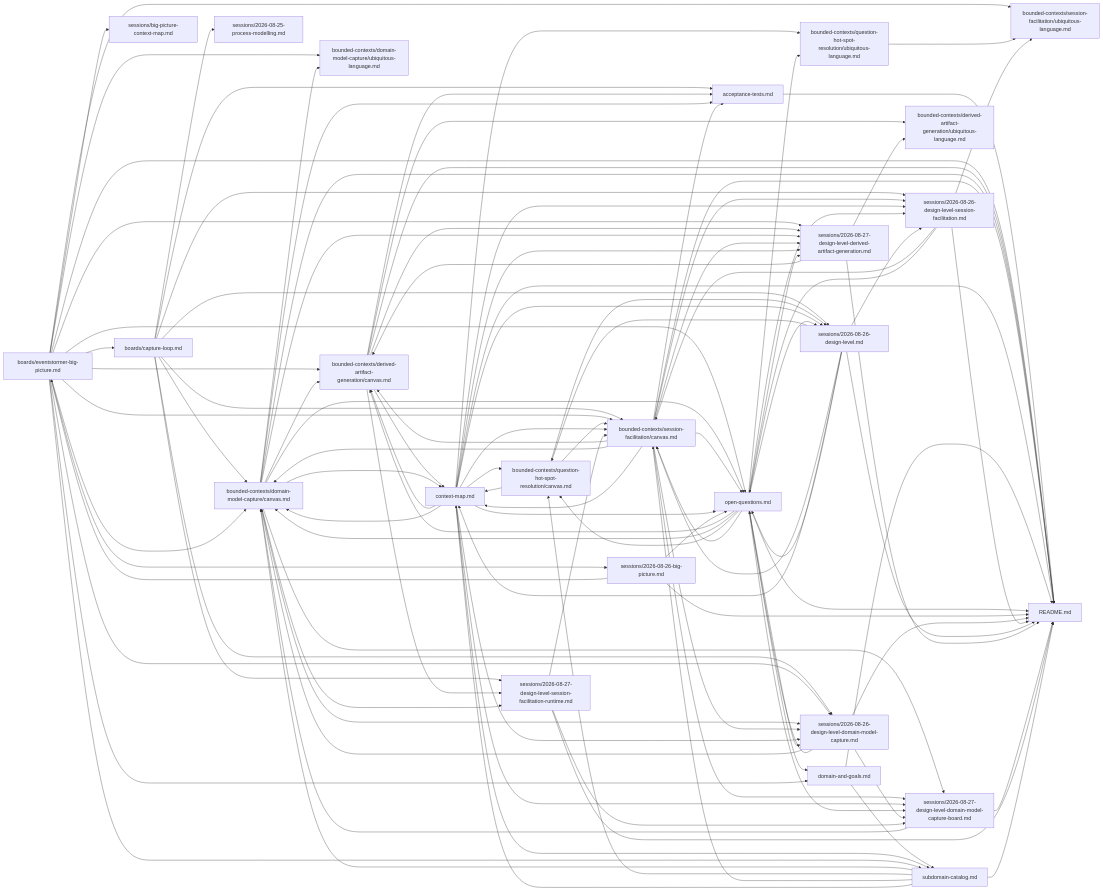
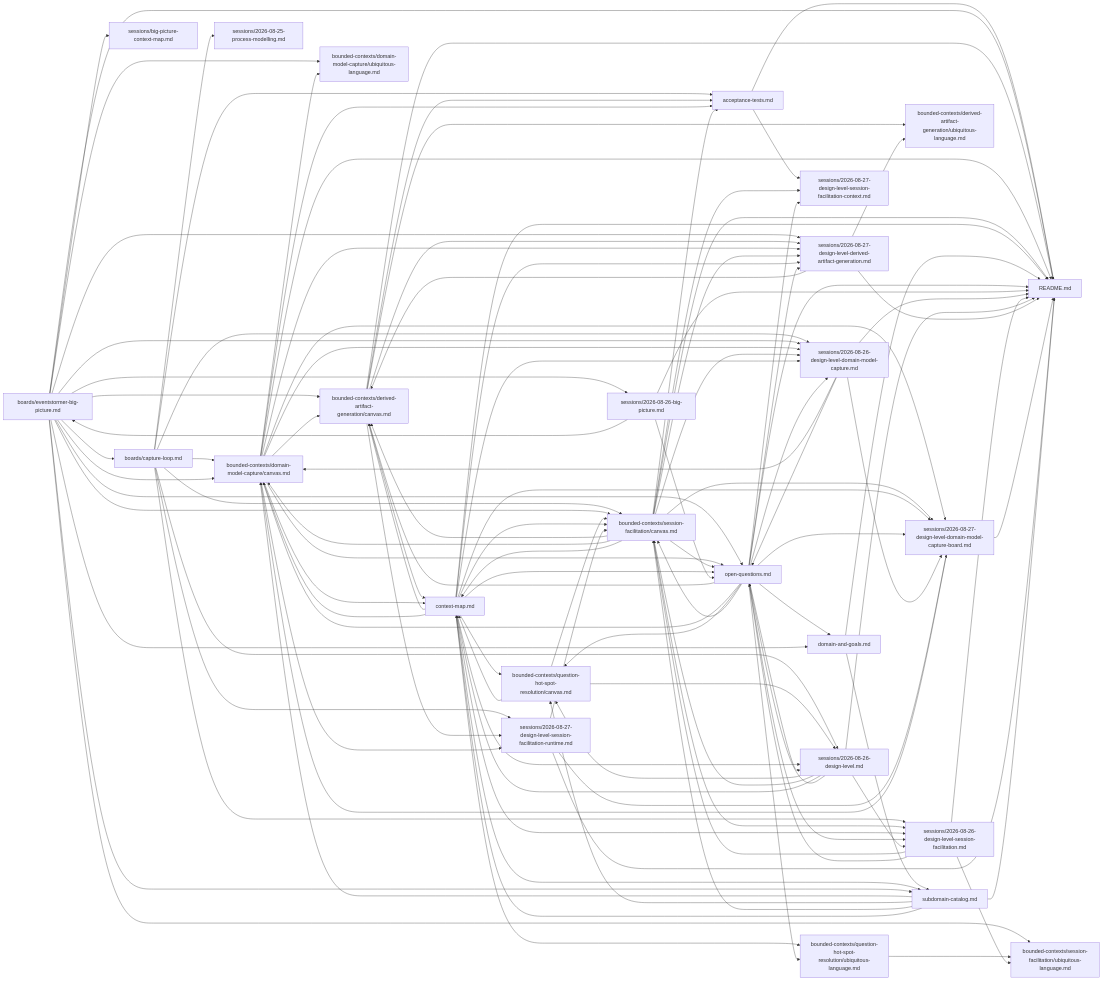
Before and after one commit to vinialbano/eventstormer: the diagram in docs/domain/README.md, drawn with Mermaid. The commit also changed other lines of this file and 5 other files, not shown here.

First line of the commit message:
docs: design-level pass 3 on Session Facilitation — the facilitator's context

```diff
--- a/docs/domain/README.md
+++ b/docs/domain/README.md
@@ -425,6 +447,9 @@
   open_questions_md["open-questions.md"] --> sessions_2026_08_27_design_level_domain_model_capture_board_md["sessions/2026-08-27-design-level-domain-model-capture-board.md"]
   sessions_2026_08_26_design_level_domain_model_capture_md["sessions/2026-08-26-design-level-domain-model-capture.md"] --> sessions_2026_08_27_design_level_domain_model_capture_board_md["sessions/2026-08-27-design-level-domain-model-capture-board.md"]
   sessions_2026_08_27_design_level_session_facilitation_runtime_md["sessions/2026-08-27-design-level-session-facilitation-runtime.md"] --> sessions_2026_08_27_design_level_domain_model_capture_board_md["sessions/2026-08-27-design-level-domain-model-capture-board.md"]
+  acceptance_tests_md["acceptance-tests.md"] --> sessions_2026_08_27_design_level_session_facilitation_context_md["sessions/2026-08-27-design-level-session-facilitation-context.md"]
+  bounded_contexts_session_facilitation_canvas_md["bounded-contexts/session-facilitation/canvas.md"] --> sessions_2026_08_27_design_level_session_facilitation_context_md["sessions/2026-08-27-design-level-session-facilitation-context.md"]
+  open_questions_md["open-questions.md"] --> sessions_2026_08_27_design_level_session_facilitation_context_md["sessions/2026-08-27-design-level-session-facilitation-context.md"]
   boards_capture_loop_md["boards/capture-loop.md"] --> sessions_2026_08_27_design_level_session_facilitation_runtime_md["sessions/2026-08-27-design-level-session-facilitation-runtime.md"]
   bounded_contexts_derived_artifact_generation_canvas_md["bounded-contexts/derived-artifact-generation/canvas.md"] --> sessions_2026_08_27_design_level_session_facilitation_runtime_md["sessions/2026-08-27-design-level-session-facilitation-runtime.md"]
   bounded_contexts_domain_model_capture_canvas_md["bounded-contexts/domain-model-capture/canvas.md"] --> sessions_2026_08_27_design_level_session_facilitation_runtime_md["sessions/2026-08-27-design-level-session-facilitation-runtime.md"]
```
